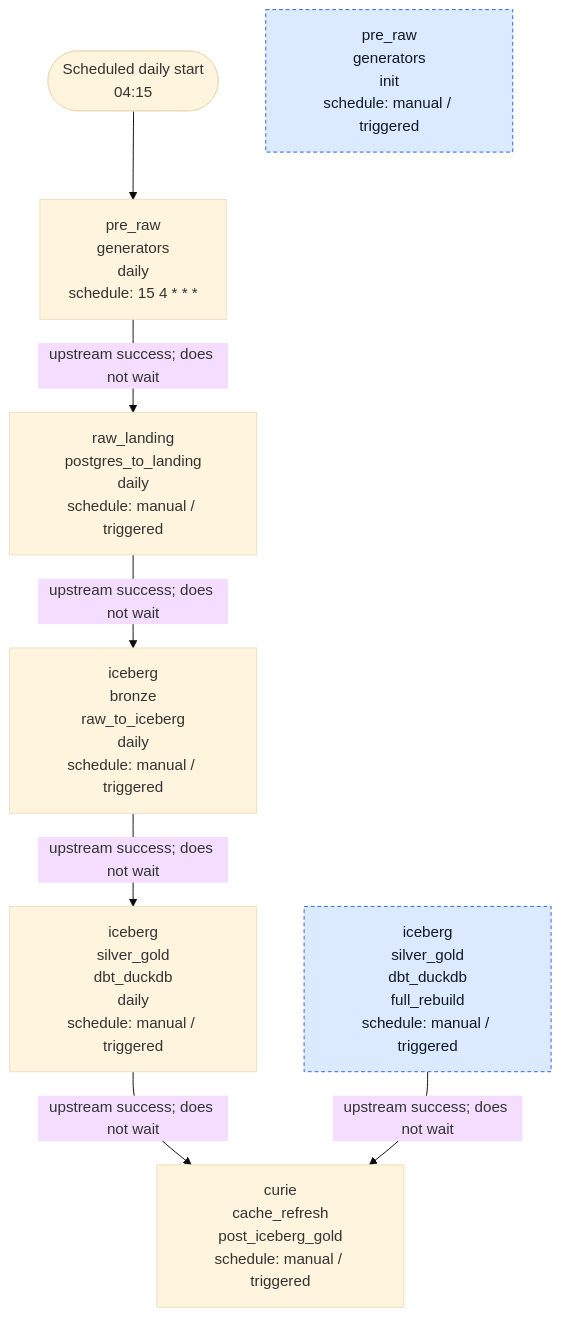
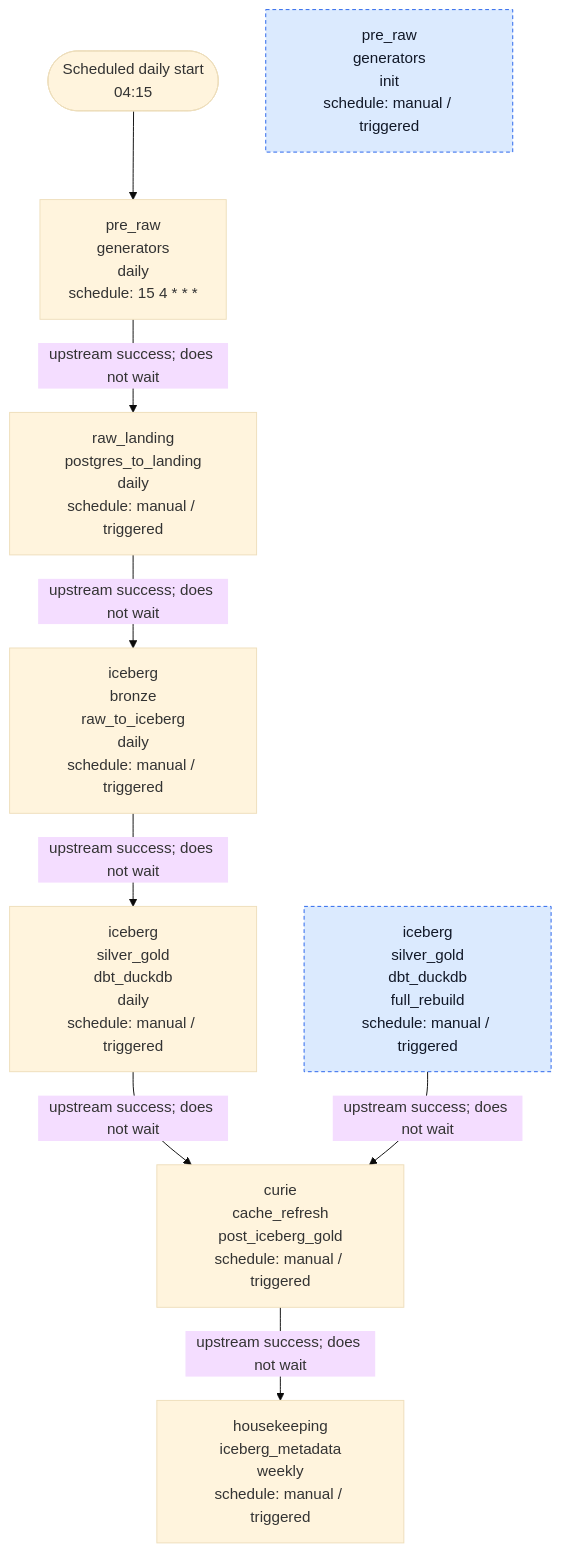
One commit to AntonMiniazev/ampere_project changed the diagram in docs/dataflow/diagrams/airflow_dags.mmd. Above: the diagram before and after it, drawn with Mermaid (base theme). The commit also changed 18 other files, not shown here.

Commit message:
feat(iceberg): add housekeeping and tune pipeline resources

```diff
--- a/docs/dataflow/diagrams/airflow_dags.mmd
+++ b/docs/dataflow/diagrams/airflow_dags.mmd
@@ -1,20 +1,22 @@
 flowchart TD
     START(["Scheduled daily start<br/>04:15"])
     D_AMPERE__CURIE__CACHE_REFRESH__POST_ICEBERG_GOLD["curie<br/>cache_refresh<br/>post_iceberg_gold<br/>schedule: manual / triggered"]
+    D_AMPERE__HOUSEKEEPING__ICEBERG_METADATA__WEEKLY["housekeeping<br/>iceberg_metadata<br/>weekly<br/>schedule: manual / triggered"]
     D_AMPERE__ICEBERG__BRONZE__RAW_TO_ICEBERG__DAILY["iceberg<br/>bronze<br/>raw_to_iceberg<br/>daily<br/>schedule: manual / triggered"]
     D_AMPERE__ICEBERG__SILVER_GOLD__DBT_DUCKDB__DAILY["iceberg<br/>silver_gold<br/>dbt_duckdb<br/>daily<br/>schedule: manual / triggered"]
     D_AMPERE__ICEBERG__SILVER_GOLD__DBT_DUCKDB__FULL_REBUILD["iceberg<br/>silver_gold<br/>dbt_duckdb<br/>full_rebuild<br/>schedule: manual / triggered"]
     D_AMPERE__PRE_RAW__GENERATORS__DAILY["pre_raw<br/>generators<br/>daily<br/>schedule: 15 4 * * *"]
     D_AMPERE__PRE_RAW__GENERATORS__INIT["pre_raw<br/>generators<br/>init<br/>schedule: manual / triggered"]
     D_AMPERE__RAW_LANDING__POSTGRES_TO_LANDING__DAILY["raw_landing<br/>postgres_to_landing<br/>daily<br/>schedule: manual / triggered"]
 
     START --> D_AMPERE__PRE_RAW__GENERATORS__DAILY
+    D_AMPERE__CURIE__CACHE_REFRESH__POST_ICEBERG_GOLD -->|"upstream success; does not wait"| D_AMPERE__HOUSEKEEPING__ICEBERG_METADATA__WEEKLY
     D_AMPERE__ICEBERG__BRONZE__RAW_TO_ICEBERG__DAILY -->|"upstream success; does not wait"| D_AMPERE__ICEBERG__SILVER_GOLD__DBT_DUCKDB__DAILY
     D_AMPERE__ICEBERG__SILVER_GOLD__DBT_DUCKDB__DAILY -->|"upstream success; does not wait"| D_AMPERE__CURIE__CACHE_REFRESH__POST_ICEBERG_GOLD
     D_AMPERE__ICEBERG__SILVER_GOLD__DBT_DUCKDB__FULL_REBUILD -->|"upstream success; does not wait"| D_AMPERE__CURIE__CACHE_REFRESH__POST_ICEBERG_GOLD
     D_AMPERE__PRE_RAW__GENERATORS__DAILY -->|"upstream success; does not wait"| D_AMPERE__RAW_LANDING__POSTGRES_TO_LANDING__DAILY
     D_AMPERE__RAW_LANDING__POSTGRES_TO_LANDING__DAILY -->|"upstream success; does not wait"| D_AMPERE__ICEBERG__BRONZE__RAW_TO_ICEBERG__DAILY
 
     D_AMPERE__PRE_RAW__GENERATORS__INIT:::manual
     D_AMPERE__ICEBERG__SILVER_GOLD__DBT_DUCKDB__FULL_REBUILD:::manual
     classDef manual fill:#dbeafe,stroke:#2563eb,color:#111827,stroke-dasharray: 4 3
```
